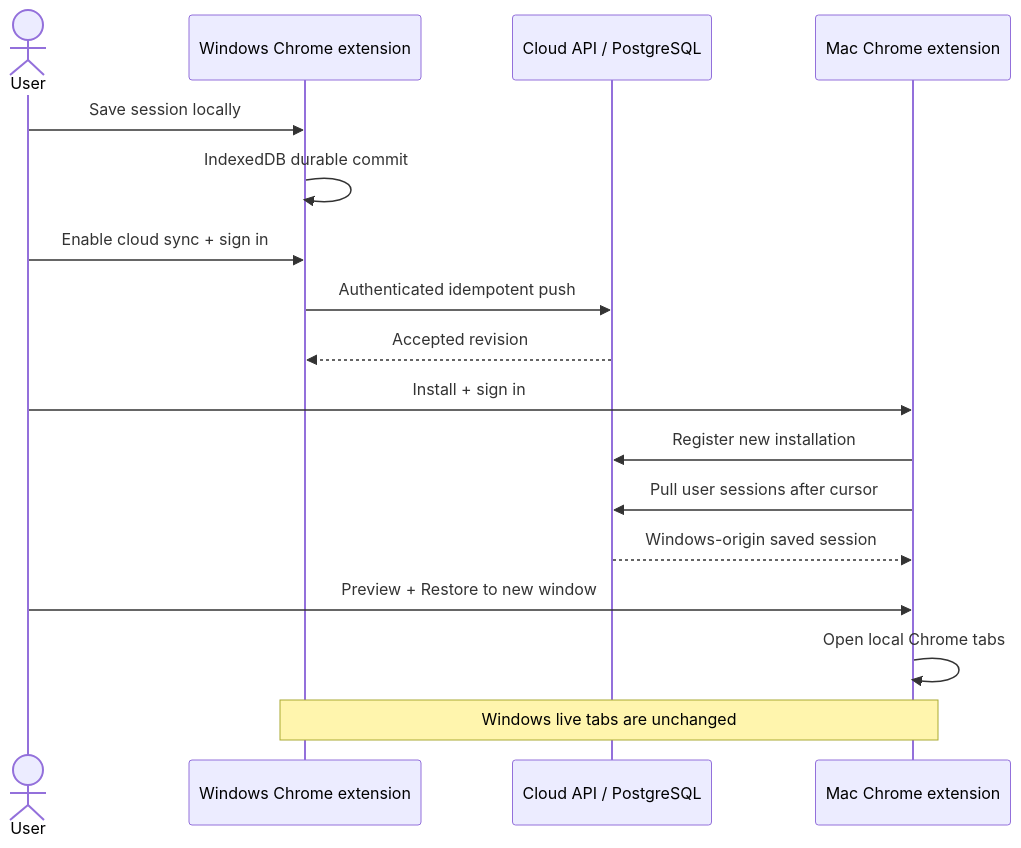
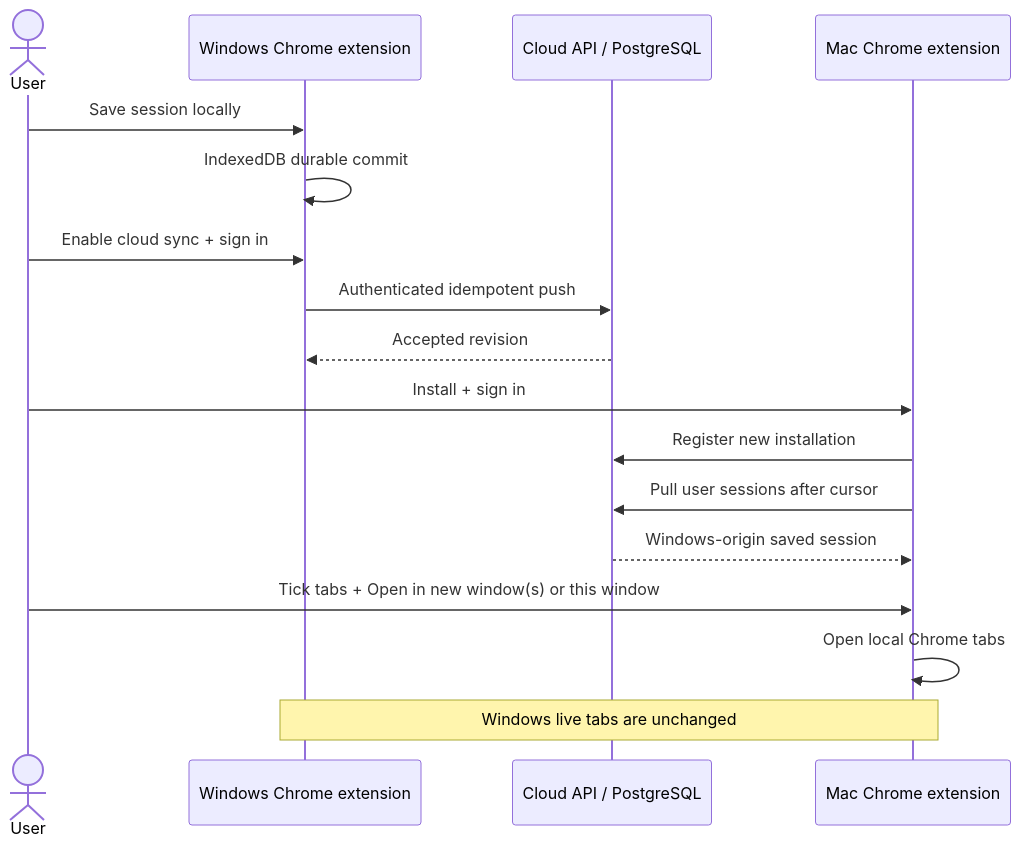
One commit to chrisgen19/sessionhub changed the fourth of 5 diagrams in docs/USER_FLOWS.md. Above: the diagram before and after it, drawn with Mermaid. The commit also changed other lines of this file and 34 other files, not shown here.

Commit message:
feat(extension): pick windows and tabs to open, and where, from the session tree

````diff
--- a/docs/USER_FLOWS.md
+++ b/docs/USER_FLOWS.md
@@ -63,19 +63,19 @@
 ```mermaid
 sequenceDiagram
   actor U as User
   participant W as Windows Chrome extension
   participant DB as Cloud API / PostgreSQL
   participant M as Mac Chrome extension
   U->>W: Save session locally
   W->>W: IndexedDB durable commit
   U->>W: Enable cloud sync + sign in
   W->>DB: Authenticated idempotent push
   DB-->>W: Accepted revision
   U->>M: Install + sign in
   M->>DB: Register new installation
   M->>DB: Pull user sessions after cursor
   DB-->>M: Windows-origin saved session
-  U->>M: Preview + Restore to new window
+  U->>M: Tick tabs + Open in new window(s) or this window
   M->>M: Open local Chrome tabs
   Note over W,M: Windows live tabs are unchanged
 ```
````
